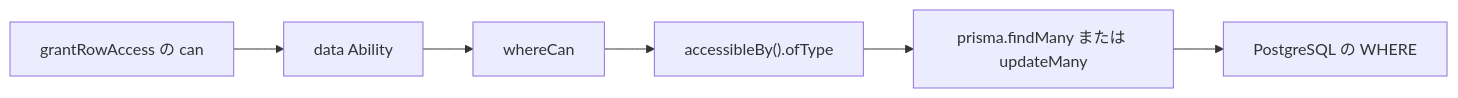
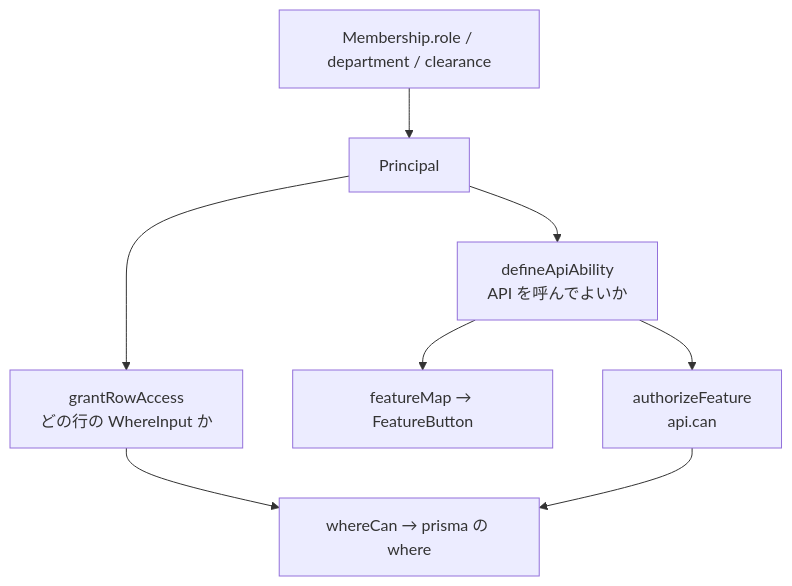
The diagram in docs/calls.md (uttne/learn-casl), drawn with Mermaid before and after one commit. The commit also changed other lines of this file and 1 other file, not shown here.

Commit message:
Explain how roles become button states and Prisma where clauses.

````diff
--- a/docs/calls.md
+++ b/docs/calls.md
@@ -300,10 +10,18 @@
 ```mermaid
-flowchart LR
-  grant["grantRowAccess の can"]
-  ability["data Ability"]
-  where["whereCan"]
-  acc["accessibleBy().ofType"]
-  prisma["prisma.findMany または updateMany"]
-  sql["PostgreSQL の WHERE"]
-  grant --> ability --> where --> acc --> prisma --> sql
+flowchart TD
+  role["Membership.role / department / clearance"]
+  principal["Principal"]
+  api["defineApiAbility\nAPI を呼んでよいか"]
+  row["grantRowAccess\nどの行の WhereInput か"]
+  button["featureMap → FeatureButton"]
+  gate["authorizeFeature\napi.can"]
+  where["whereCan → prisma の where"]
+
+  role --> principal
+  principal --> api
+  principal --> row
+  api --> button
+  api --> gate
+  row --> where
+  gate --> where
 ```
````
